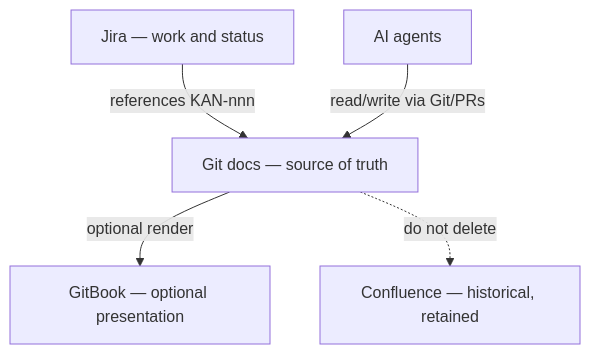
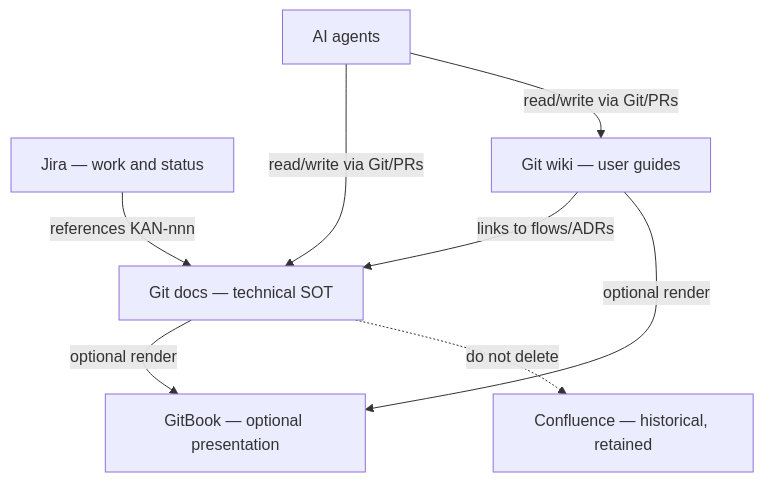
The diagram in docs/DOCUMENTATION.md (vin8003/RetailerCustomerPlatform), drawn with Mermaid before and after one commit. The commit also changed other lines of this file and 7 other files, not shown here.

````diff
--- a/docs/DOCUMENTATION.md
+++ b/docs/DOCUMENTATION.md
@@ -19,13 +20,17 @@
 ```mermaid
 flowchart TB
     Jira["Jira — work and status"]
-    Git["Git docs — source of truth"]
+    Wiki["Git wiki — user guides"]
+    Git["Git docs — technical SOT"]
     GitBook["GitBook — optional presentation"]
     Agents["AI agents"]
     Confluence["Confluence — historical, retained"]
 
     Jira -->|"references KAN-nnn"| Git
+    Wiki -->|"links to flows/ADRs"| Git
     Git -->|"optional render"| GitBook
+    Wiki -->|"optional render"| GitBook
     Agents -->|"read/write via Git/PRs"| Git
+    Agents -->|"read/write via Git/PRs"| Wiki
     Git -.->|"do not delete"| Confluence
 ```
````
